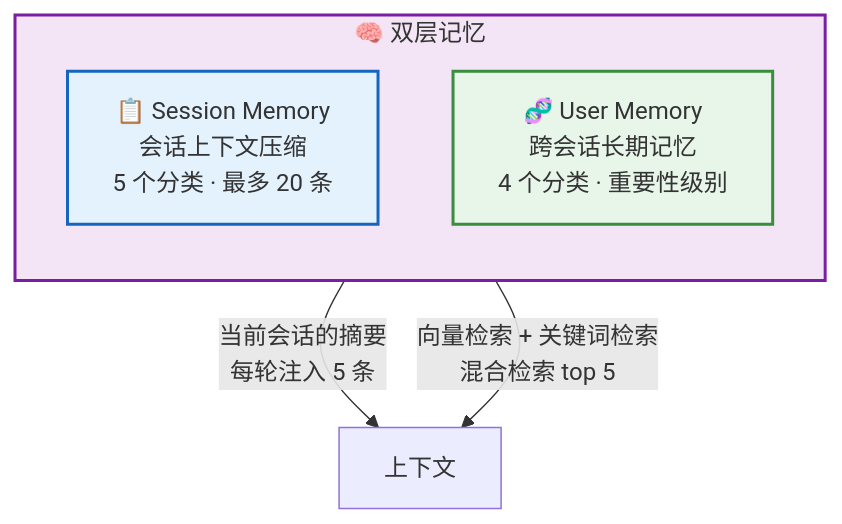
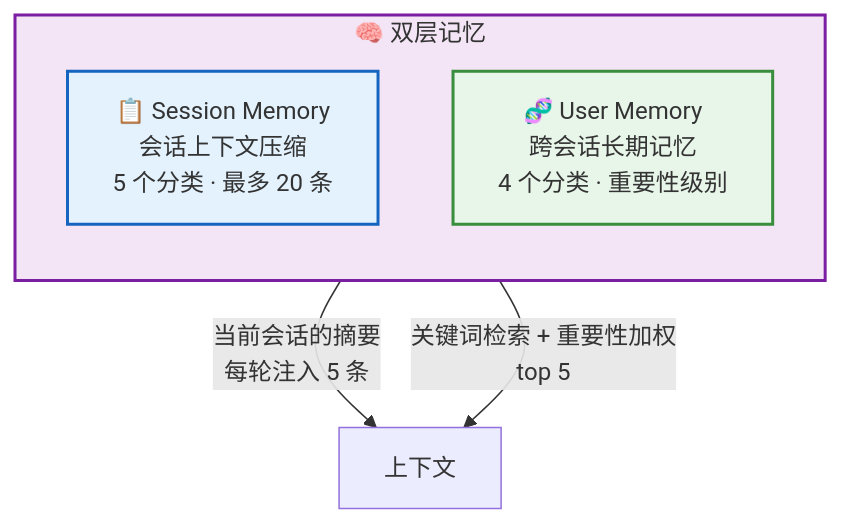
The ninth of 12 diagrams in src/content/docs/architecture/backend.md (rtc-agent/docs), drawn with Mermaid before and after one commit. The commit also changed other lines of this file and 19 other files, not shown here.

````diff
--- a/src/content/docs/architecture/backend.md
+++ b/src/content/docs/architecture/backend.md
@@ -229,15 +265,15 @@
 ```mermaid
 flowchart TD
     subgraph MEMORY["🧠 双层记忆"]
         direction TB
         SM["📋 Session Memory<br/>会话上下文压缩<br/>5 个分类 · 最多 20 条"]
         UM["🧬 User Memory<br/>跨会话长期记忆<br/>4 个分类 · 重要性级别"]
     end
 
     SM -->|"当前会话的摘要<br/>每轮注入 5 条"| CTX["上下文"]
-    UM -->|"向量检索 + 关键词检索<br/>混合检索 top 5"| CTX
+    UM -->|"关键词检索 + 重要性加权<br/>top 5"| CTX
 
     style MEMORY fill:#f3e5f5,stroke:#7b1fa2,stroke-width:2px
     style SM fill:#e3f2fd,stroke:#1565c0,stroke-width:2px
     style UM fill:#e8f5e9,stroke:#388e3c,stroke-width:2px
 ```
````
